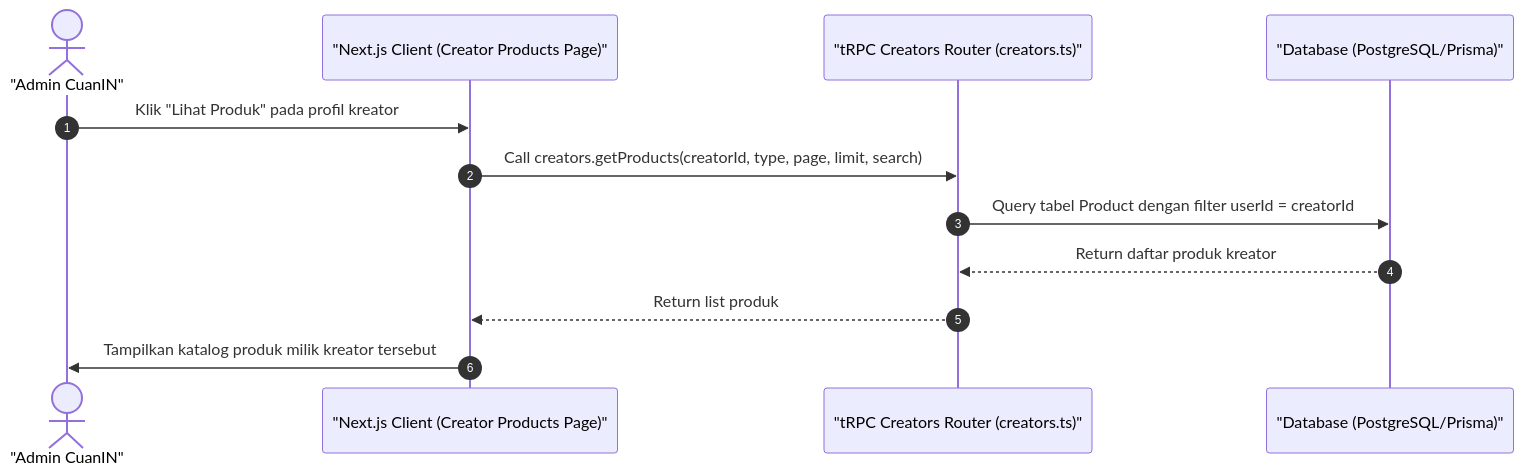
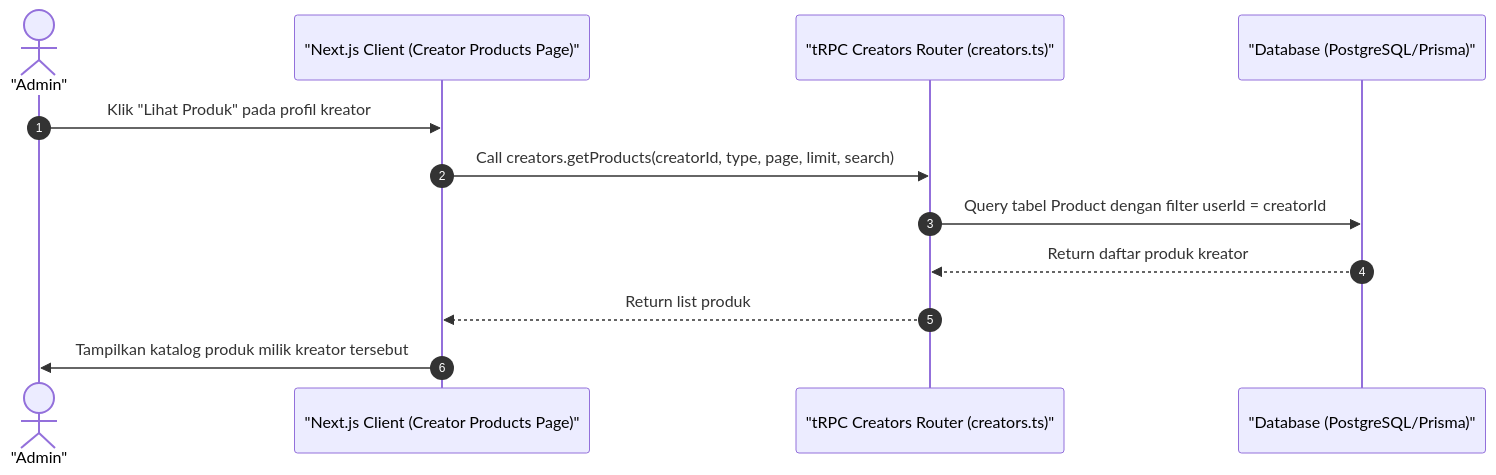
One commit to luputer/CuanIN changed the diagram in docs/06-admin-kreator-products.md. Above: the diagram before and after it, drawn with Mermaid. The commit also changed 53 other files, not shown here.

````diff
--- a/docs/06-admin-kreator-products.md
+++ b/docs/06-admin-kreator-products.md
@@ -5,16 +5,16 @@
 ```mermaid
 sequenceDiagram
     autonumber
-    actor Admin as "Admin CuanIN"
+    actor Admin as "Admin"
     participant Client as "Next.js Client (Creator Products Page)"
     participant Server as "tRPC Creators Router (creators.ts)"
     participant DB as "Database (PostgreSQL/Prisma)"
 
     Admin->>Client: Klik "Lihat Produk" pada profil kreator
     Client->>Server: Call creators.getProducts(creatorId, type, page, limit, search)
     Server->>DB: Query tabel Product dengan filter userId = creatorId
     DB-->>Server: Return daftar produk kreator
     Server-->>Client: Return list produk
     Client->>Admin: Tampilkan katalog produk milik kreator tersebut
 
 ```
````
